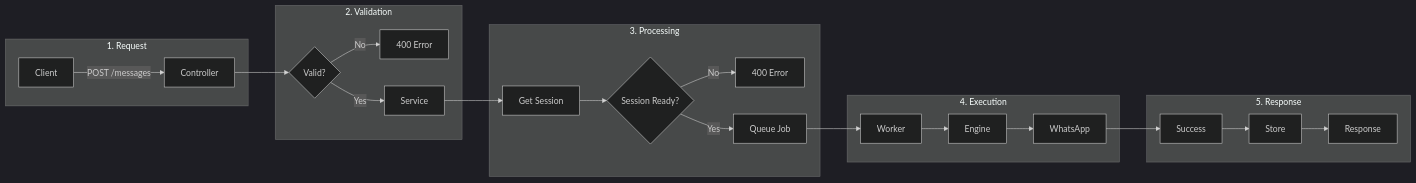
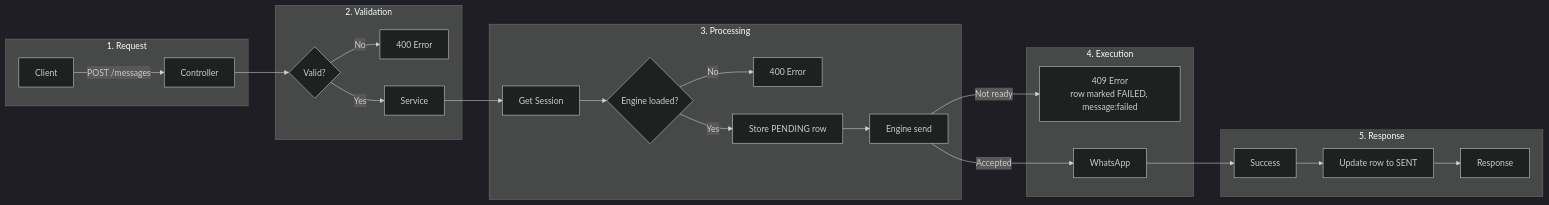
Before and after one commit to Carnaval-Team/VentIQ-seller-App: diagram 12 of 24 in ventiq_admin_app/docs_wapi/03-system-architecture.md, drawn with Mermaid (dark theme). The commit also changed other lines of this file and 65 other files, not shown here.

````diff
--- a/ventiq_admin_app/docs_wapi/03-system-architecture.md
+++ b/ventiq_admin_app/docs_wapi/03-system-architecture.md
@@ -572,31 +582,31 @@
 ```mermaid
 flowchart LR
     subgraph Request["1. Request"]
         A[Client] -->|POST /messages| B[Controller]
     end
 
     subgraph Validation["2. Validation"]
         B --> C{Valid?}
         C -->|No| D[400 Error]
         C -->|Yes| E[Service]
     end
 
     subgraph Processing["3. Processing"]
         E --> F[Get Session]
-        F --> G{Session Ready?}
+        F --> G{Engine loaded?}
         G -->|No| H[400 Error]
-        G -->|Yes| I[Queue Job]
+        G -->|Yes| S[Store PENDING row]
+        S --> K[Engine send]
     end
 
     subgraph Execution["4. Execution"]
-        I --> J[Worker]
-        J --> K[Engine]
-        K --> L[WhatsApp]
+        K -->|Not ready| H2[409 Error\nrow marked FAILED, message:failed]
+        K -->|Accepted| L[WhatsApp]
     end
 
     subgraph Response["5. Response"]
         L --> M[Success]
-        M --> N[Store]
+        M --> N[Update row to SENT]
         N --> O[Response]
     end
 ```
````
